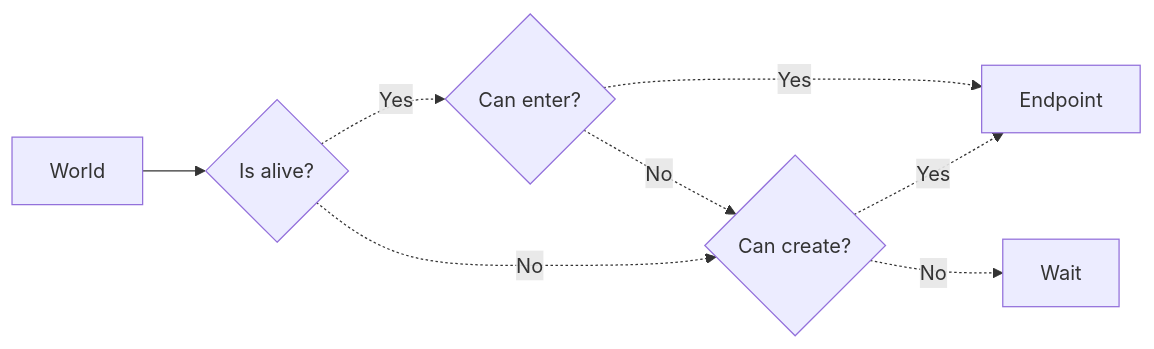
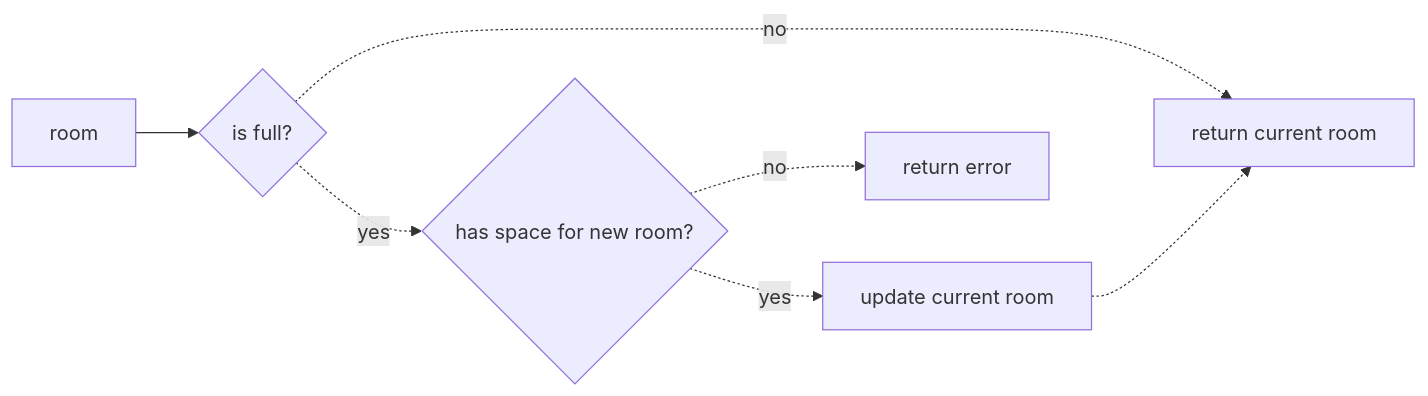
Before and after one commit to AdrKacz/super-duper-guacamole: the fourth of 6 diagrams in README.md, drawn with Mermaid. The commit also changed other lines of this file, not shown here.

Commit message:
update diagrams

````diff
--- a/README.md
+++ b/README.md
@@ -135,10 +133,9 @@
 ```mermaid
 graph LR
-    World --> C{Is alive?}
-    C{Is alive?} -.-> |Yes|C_1{Can enter?}
-    C{Is alive?} -.-> |No|C_2{Can create?}
-    C_1 -.-> |Yes|E[Endpoint]
-    C_1 -.-> |No|C_2
-    C_2 -.-> |Yes|E
-    C_2 -.-> |No|Wait
+    room --> C{is full?}
+    C -.-> |yes|C_1{has space for new room?}
+    C -.-> |no|E_0[return current room]
+    C_1 -.-> |yes|E_1[update current room]
+    C_1 -.-> |no|E_2[return error]
+    E_1 -.-> E_0
 ```
````
